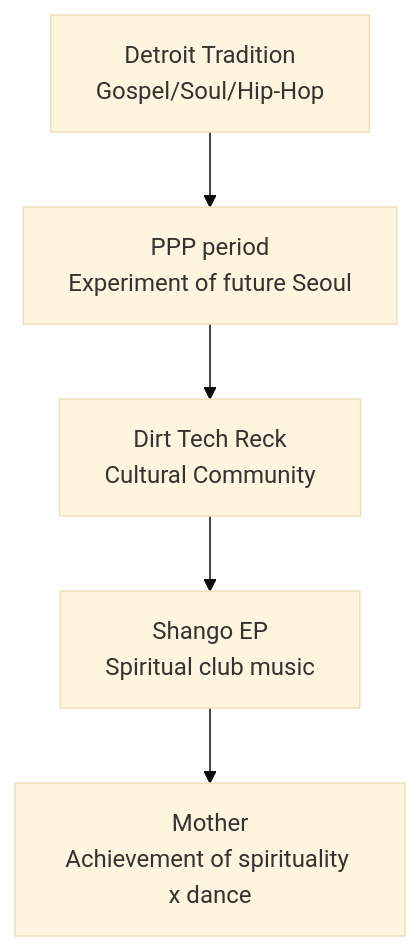
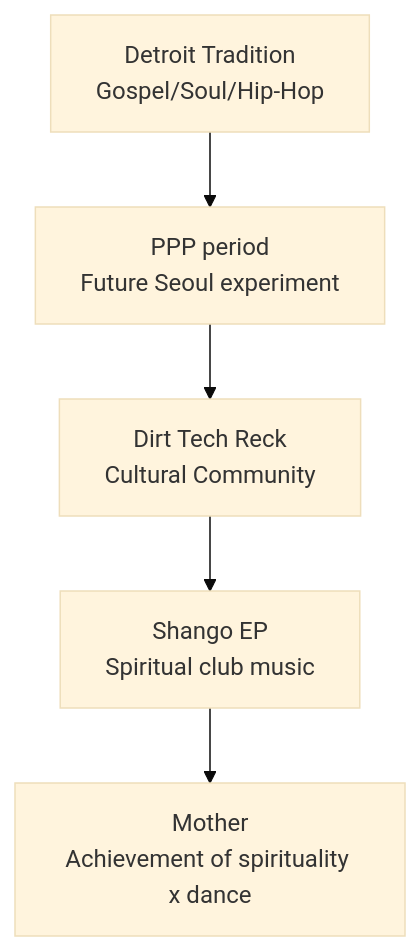
Before and after one commit to monumental-movement/monumental-movement.github.io: the second of 2 diagrams in en/_posts/2025-11-28-column-waajeed.md, drawn with Mermaid (base theme). The commit also changed other lines of this file and 528 other files, not shown here.

```diff
--- a/en/_posts/2025-11-28-column-waajeed.md
+++ b/en/_posts/2025-11-28-column-waajeed.md
@@ -247,7 +247,7 @@
 <div class="mermaid">
 graph TD
-    A[Detroit Tradition<br>Gospel/Soul/Hip-Hop] --> B[PPP period<br>Experiment of future Seoul]
+    A[Detroit Tradition<br>Gospel/Soul/Hip-Hop] --> B[PPP period<br>Future Seoul experiment]
     B --> C[Dirt Tech Reck<br>Cultural Community]
     C --> D[Shango EP<br>Spiritual club music]
     D --> E[Mother<br>Achievement of spirituality x dance]
 </div>
```
